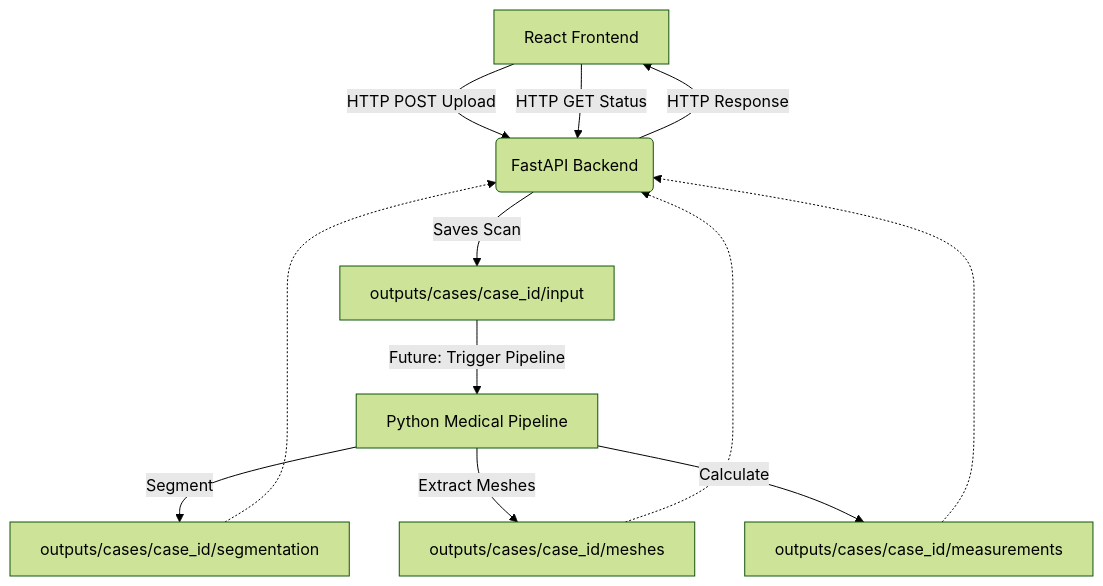
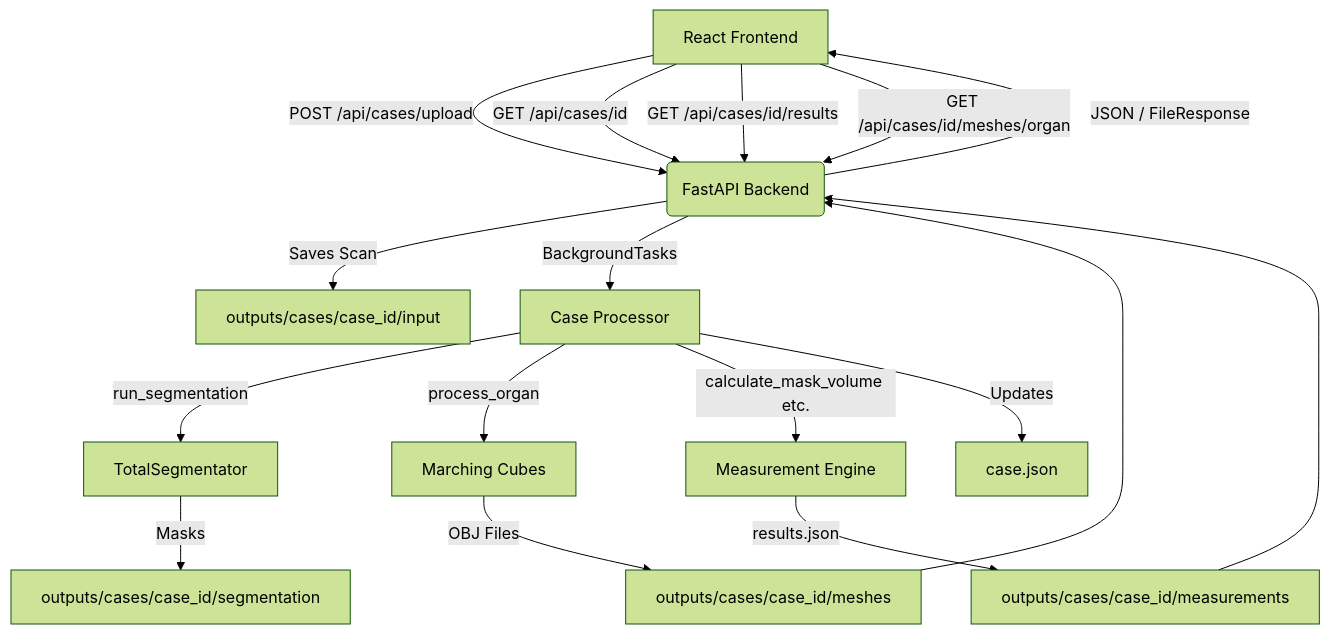
The diagram in docs/API_ARCHITECTURE.md (darshikasingh0905/medical-surgery-planner), drawn with Mermaid (forest theme) before and after one commit. The commit also changed other lines of this file and 6 other files, not shown here.

````diff
--- a/docs/API_ARCHITECTURE.md
+++ b/docs/API_ARCHITECTURE.md
@@ -7,14 +7,19 @@
 ```mermaid
 graph TD
-    A[React Frontend] -->|HTTP POST Upload| B(FastAPI Backend)
-    A -->|HTTP GET Status| B
+    A[React Frontend] -->|POST /api/cases/upload| B(FastAPI Backend)
+    A -->|GET /api/cases/id| B
+    A -->|GET /api/cases/id/results| B
+    A -->|GET /api/cases/id/meshes/organ| B
     B -->|Saves Scan| C[outputs/cases/case_id/input]
-    C -->|Future: Trigger Pipeline| D[Python Medical Pipeline]
-    D -->|Segment| E[outputs/cases/case_id/segmentation]
-    D -->|Extract Meshes| F[outputs/cases/case_id/meshes]
-    D -->|Calculate| G[outputs/cases/case_id/measurements]
-    E -.-> B
-    F -.-> B
-    G -.-> B
-    B -->|HTTP Response| A
+    B -->|BackgroundTasks| D[Case Processor]
+    D -->|run_segmentation| E[TotalSegmentator]
+    E -->|Masks| F[outputs/cases/case_id/segmentation]
+    D -->|process_organ| G[Marching Cubes]
+    G -->|OBJ Files| H[outputs/cases/case_id/meshes]
+    D -->|calculate_mask_volume etc.| I[Measurement Engine]
+    I -->|results.json| J[outputs/cases/case_id/measurements]
+    D -->|Updates| K[case.json]
+    H --> B
+    J --> B
+    B -->|JSON / FileResponse| A
 ```
````
